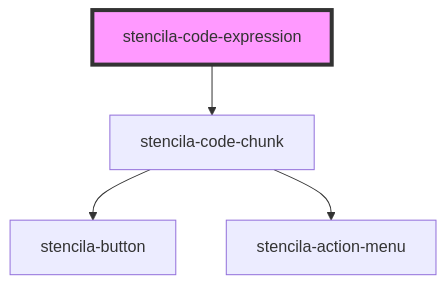
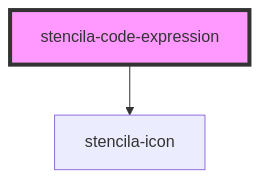
The diagram in packages/components/src/components/codeExpression/readme.md (stencila/designa), drawn with Mermaid before and after one commit. The commit also changed other lines of this file and 14 other files, not shown here.

Commit message:
feat(CodeExpression): Add Code Expression component

````diff
--- a/packages/components/src/components/codeExpression/readme.md
+++ b/packages/components/src/components/codeExpression/readme.md
@@ -13,7 +13,5 @@
 ```mermaid
 graph TD;
-  stencila-code-expression --> stencila-code-chunk
-  stencila-code-chunk --> stencila-button
-  stencila-code-chunk --> stencila-action-menu
+  stencila-code-expression --> stencila-icon
   style stencila-code-expression fill:#f9f,stroke:#333,stroke-width:4px
 ```
````
